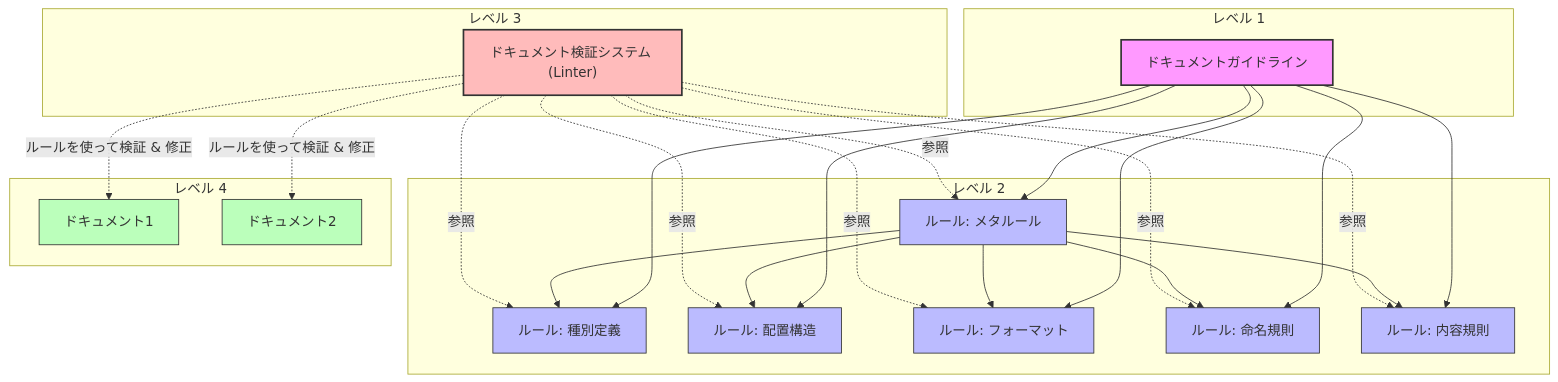
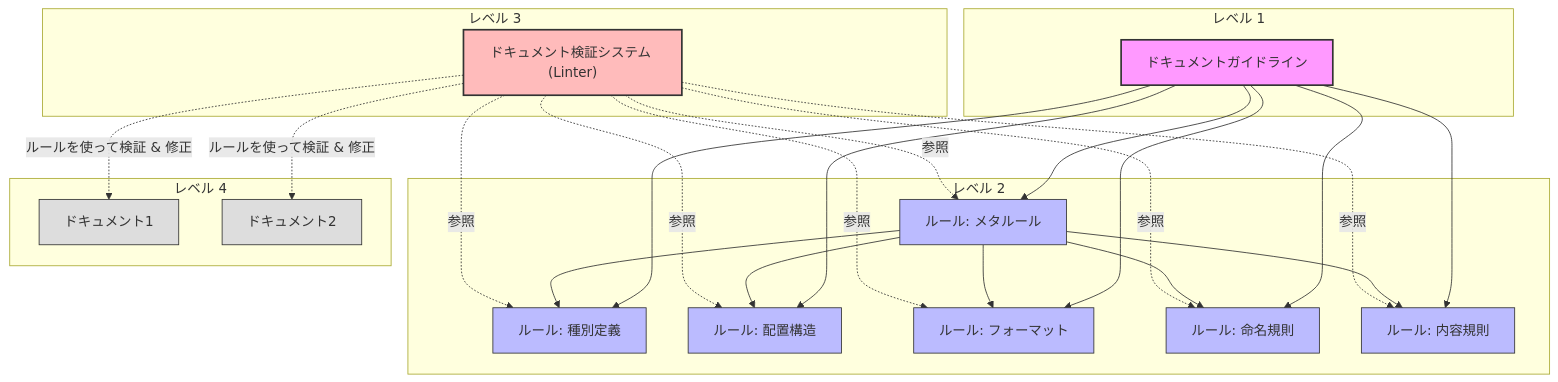
The diagram in Guideline.md (ToyB0x/ai-coding-rules), drawn with Mermaid before and after one commit. The commit also changed other lines of this file, not shown here.

````diff
--- a/Guideline.md
+++ b/Guideline.md
@@ -103,58 +7,58 @@
 ```mermaid
 graph TB
   subgraph "レベル 1"
     A["ドキュメントガイドライン"]
   end
   
   subgraph "レベル 2"
     B1["ルール: 種別定義"]
     B2["ルール: 配置構造"]
     B3["ルール: フォーマット"]
     B4["ルール: 命名規則"]
     B5["ルール: 内容規則"]
     B6["ルール: メタルール"]
   end
   
   subgraph "レベル 3"
     D["ドキュメント検証システム (Linter)"]
   end
   
   subgraph "レベル 4"
-    C1["ドキュメント1"]
-    C2["ドキュメント2"]
+    E1["ドキュメント1"]
+    E2["ドキュメント2"]
   end
   
   A --> B1
   A --> B2
   A --> B3
   A --> B4
   A --> B5
   A --> B6
   
   B6 --> B1
   B6 --> B2
   B6 --> B3
   B6 --> B4
   B6 --> B5
   
   D -.-> |"参照"| B1
   D -.-> |"参照"| B2
   D -.-> |"参照"| B3
   D -.-> |"参照"| B4
   D -.-> |"参照"| B5
   D -.-> |"参照"| B6
   
-  D -.-> |"ルールを使って検証 & 修正"| C1
-  D -.-> |"ルールを使って検証 & 修正"| C2
+  D -.-> |"ルールを使って検証 & 修正"| E1
+  D -.-> |"ルールを使って検証 & 修正"| E2
   
   style A fill:#f9f,stroke:#333,stroke-width:2px
   style B1 fill:#bbf,stroke:#333,stroke-width:1px
   style B2 fill:#bbf,stroke:#333,stroke-width:1px
   style B3 fill:#bbf,stroke:#333,stroke-width:1px
   style B4 fill:#bbf,stroke:#333,stroke-width:1px
   style B5 fill:#bbf,stroke:#333,stroke-width:1px
   style B6 fill:#bbf,stroke:#333,stroke-width:1px
-  style C1 fill:#bfb,stroke:#333,stroke-width:1px
-  style C2 fill:#bfb,stroke:#333,stroke-width:1px
   style D fill:#fbb,stroke:#333,stroke-width:2px
+  style E1 fill:#ddd,stroke:#333,stroke-width:1px
+  style E2 fill:#ddd,stroke:#333,stroke-width:1px
 ```
````
